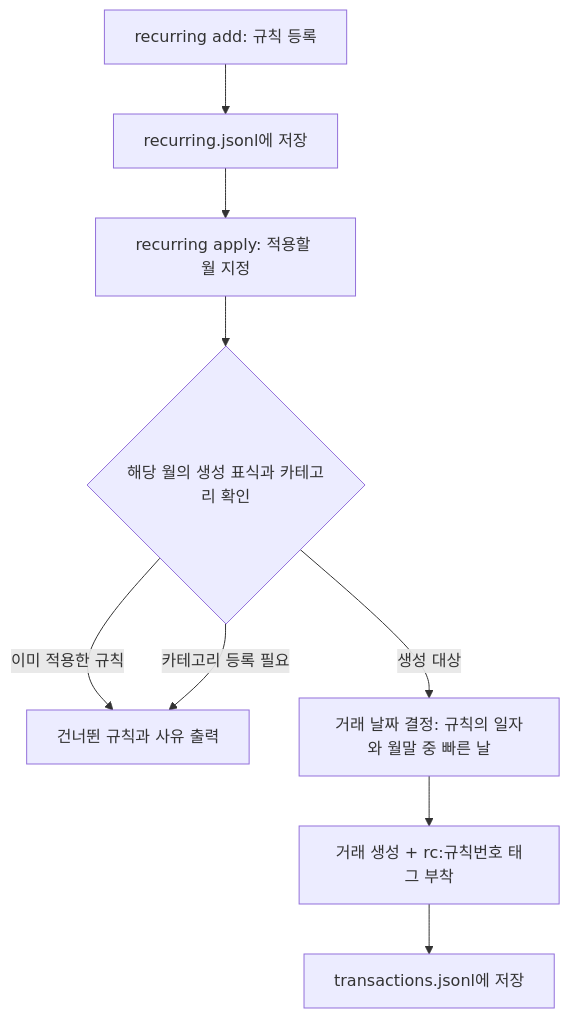
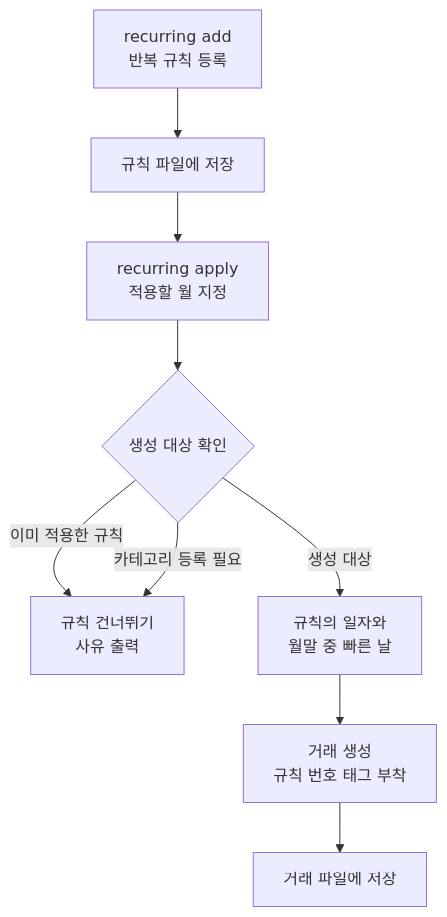
Before and after one commit to Cerhovah/Codyssey_Mission_B2-1: the sixth of 9 diagrams in README.md, drawn with Mermaid. The commit also changed other lines of this file, not shown here.

First line of the commit message:
docs: 구조도 문구와 줄바꿈을 읽기 쉽게 정리

````diff
--- a/README.md
+++ b/README.md
@@ -360,11 +360,11 @@
 ```mermaid
 flowchart TD
-    Add["recurring add: 규칙 등록"] --> Rule["recurring.jsonl에 저장"]
-    Rule --> Apply["recurring apply: 적용할 월 지정"]
-    Apply --> Check{"해당 월의 생성 표식과 카테고리 확인"}
-    Check -->|"이미 적용한 규칙"| Skip["건너뛴 규칙과 사유 출력"]
+    Add["recurring add<br/>반복 규칙 등록"] --> Rule["규칙 파일에 저장"]
+    Rule --> Apply["recurring apply<br/>적용할 월 지정"]
+    Apply --> Check{"생성 대상 확인"}
+    Check -->|"이미 적용한 규칙"| Skip["규칙 건너뛰기<br/>사유 출력"]
     Check -->|"카테고리 등록 필요"| Skip
-    Check -->|"생성 대상"| Date["거래 날짜 결정: 규칙의 일자와 월말 중 빠른 날"]
-    Date --> Tx["거래 생성 + rc:규칙번호 태그 부착"]
-    Tx --> Save["transactions.jsonl에 저장"]
+    Check -->|"생성 대상"| Date["규칙의 일자와<br/>월말 중 빠른 날"]
+    Date --> Tx["거래 생성<br/>규칙 번호 태그 부착"]
+    Tx --> Save["거래 파일에 저장"]
 ```
````
